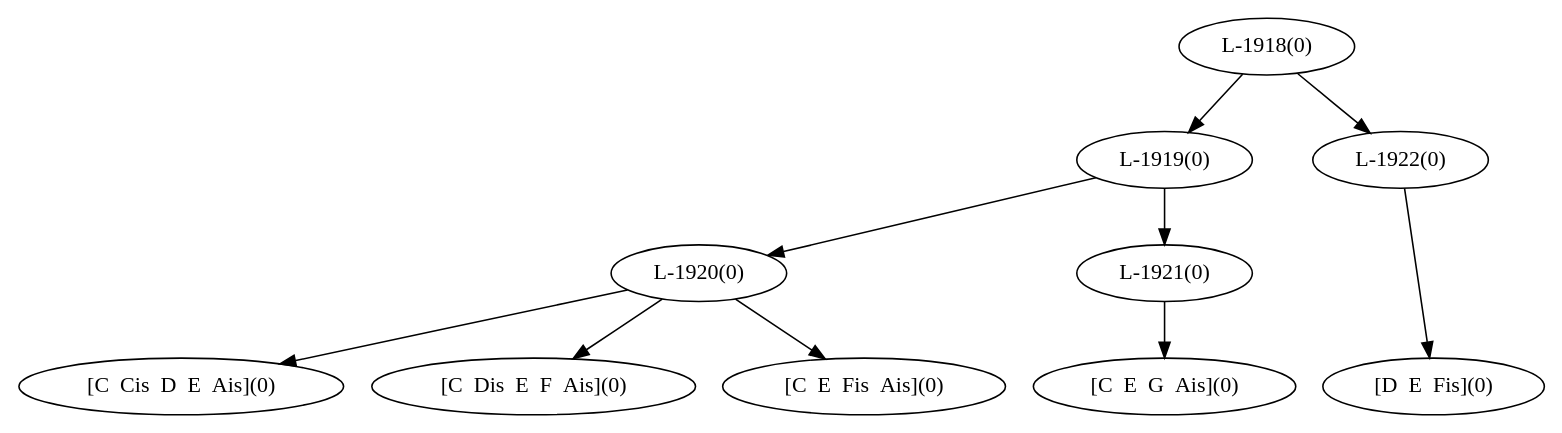
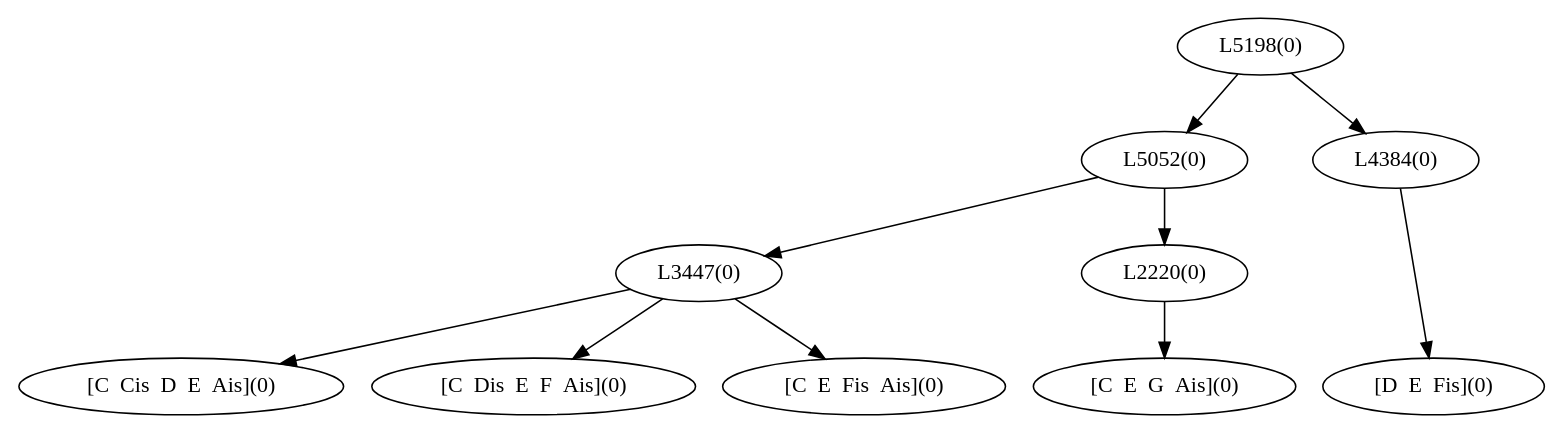
The diagram in Result/dot/generation8_utter6.dot (dousu/MAILM), drawn with Graphviz before and after one commit. The commit also changed 110 other files, not shown here.

```diff
--- a/Result/dot/generation8_utter6.dot
+++ b/Result/dot/generation8_utter6.dot
@@ -1,15 +1,15 @@
 digraph sample{
-"L-1920(0)"->"[C  Cis  D  E  Ais](0)"
-"L-1920(0)"->"[C  Dis  E  F  Ais](0)"
-"L-1920(0)"->"[C  E  Fis  Ais](0)"
-"L-1921(0)"->"[C  E  G  Ais](0)"
-"L-1919(0)"->"L-1920(0)"
-"L-1919(0)"->"L-1921(0)"
-"L-1922(0)"->"[D  E  Fis](0)"
-"L-1918(0)"->"L-1919(0)"
-"L-1918(0)"->"L-1922(0)"
-{rank = min; "L-1918(0)"}
-{rank = same; "L-1919(0)"; "L-1922(0)";}
-{rank = same; "L-1920(0)"; "L-1921(0)";}
+"L3447(0)"->"[C  Cis  D  E  Ais](0)"
+"L3447(0)"->"[C  Dis  E  F  Ais](0)"
+"L3447(0)"->"[C  E  Fis  Ais](0)"
+"L2220(0)"->"[C  E  G  Ais](0)"
+"L5052(0)"->"L3447(0)"
+"L5052(0)"->"L2220(0)"
+"L4384(0)"->"[D  E  Fis](0)"
+"L5198(0)"->"L5052(0)"
+"L5198(0)"->"L4384(0)"
+{rank = min; "L5198(0)"}
+{rank = same; "L5052(0)"; "L4384(0)";}
+{rank = same; "L3447(0)"; "L2220(0)";}
 {rank = max; "[C  Cis  D  E  Ais](0)"; "[C  Dis  E  F  Ais](0)"; "[C  E  Fis  Ais](0)"; "[C  E  G  Ais](0)"; "[D  E  Fis](0)";}
 }
```
